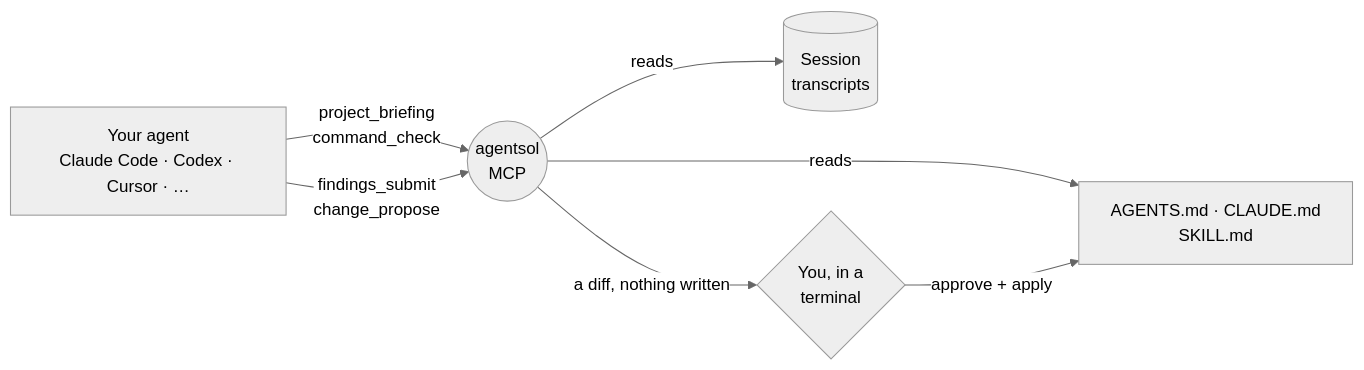
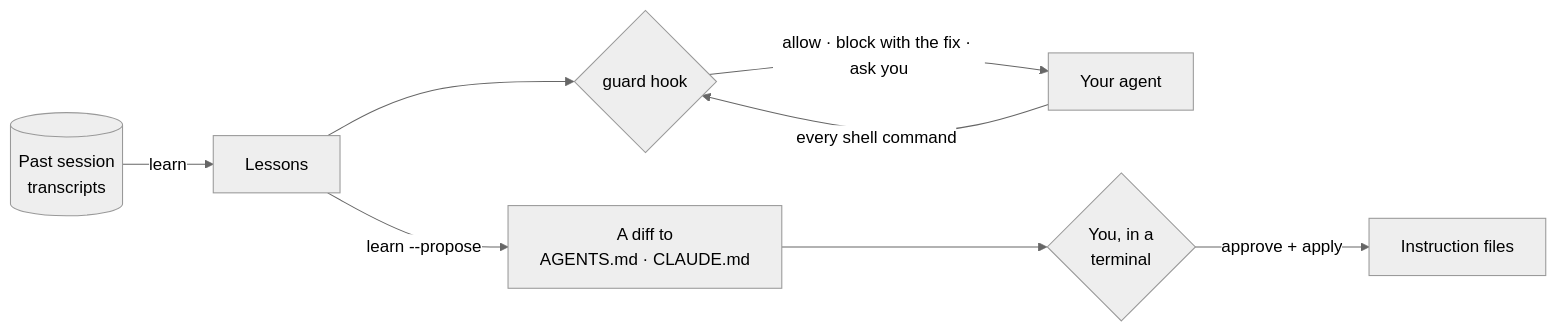
The diagram in README.md (ArSenic04/agentsol), drawn with Mermaid (neutral theme) before and after one commit. The commit also changed other lines of this file and 4 other files, not shown here.

Commit message:
Docs and site: one story, learn, guard, check, with the learn eval and guard measurements

````diff
--- a/README.md
+++ b/README.md
@@ -149,9 +146,10 @@
 ```mermaid
 flowchart LR
-  A["Your agent<br/>Claude Code · Codex · Cursor · …"] -- "project_briefing<br/>command_check" --> S(("agentsol<br/>MCP"))
-  S -- reads --> T[("Session<br/>transcripts")]
-  S -- reads --> I["AGENTS.md · CLAUDE.md<br/>SKILL.md"]
-  A -- "findings_submit<br/>change_propose" --> S
-  S -- "a diff, nothing written" --> Y{"You, in a<br/>terminal"}
-  Y -- "approve + apply" --> I
+  T[("Past session<br/>transcripts")] -- learn --> L["Lessons"]
+  L --> G{"guard hook"}
+  A["Your agent"] -- "every shell command" --> G
+  G -- "allow · block with the fix · ask you" --> A
+  L -- "learn --propose" --> P["A diff to<br/>AGENTS.md · CLAUDE.md"]
+  P --> Y{"You, in a<br/>terminal"}
+  Y -- "approve + apply" --> I["Instruction files"]
 ```
````
